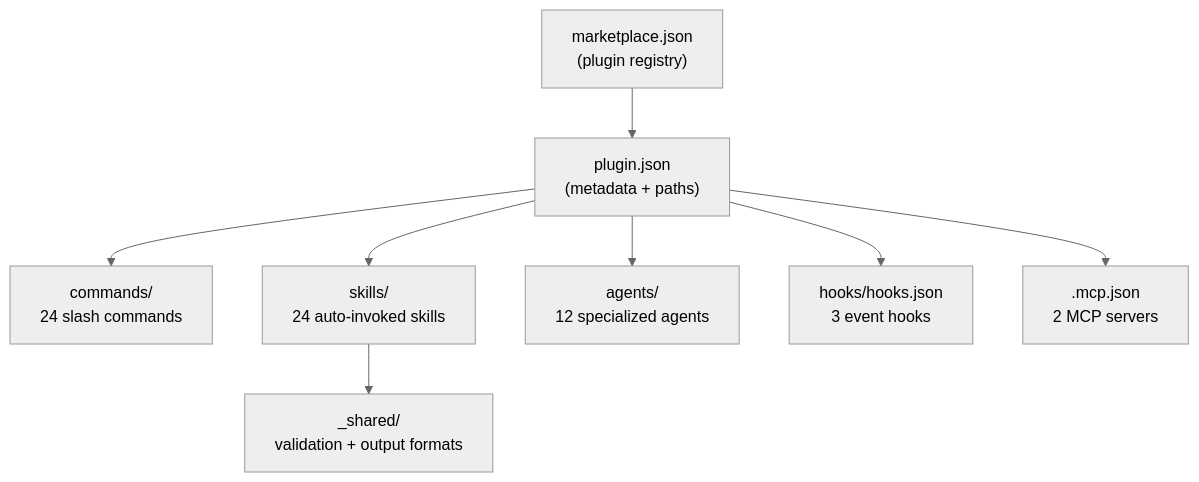
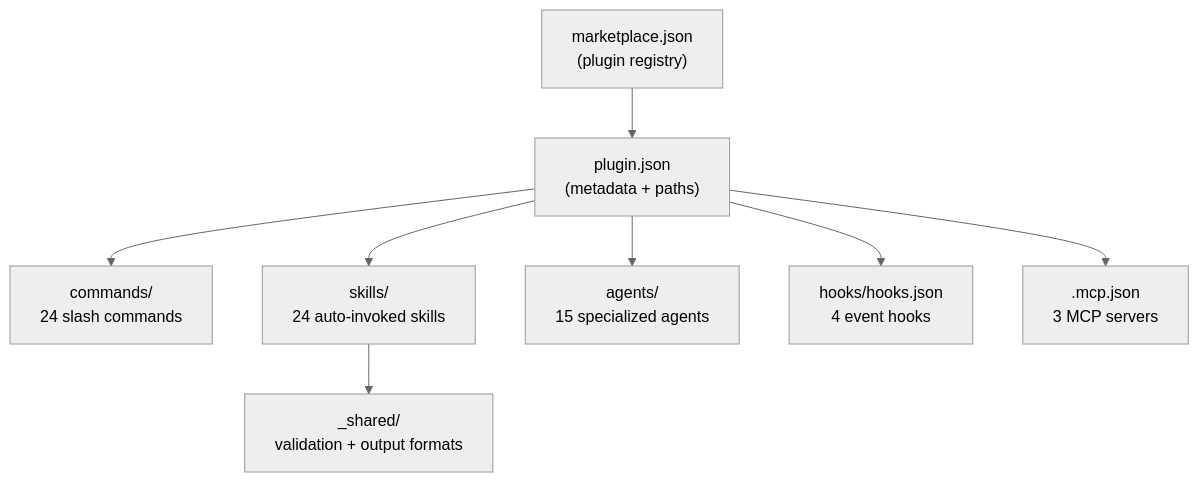
Before and after one commit to Brite-Nites/brite-claude-plugins: the first of 6 diagrams in ARCHITECTURE.md, drawn with Mermaid (neutral theme). The commit also changed 1 other file, not shown here.

Commit message:
review-fix(BC-16293): ARCHITECTURE diagram counts (agents 12→15, hooks 3→4, MCP 2→3) + 2 lenient/repo URL self-test fixtures

````diff
--- a/ARCHITECTURE.md
+++ b/ARCHITECTURE.md
@@ -7,10 +7,10 @@
 ```mermaid
 graph TD
     MP["marketplace.json<br/>(plugin registry)"] --> PJ["plugin.json<br/>(metadata + paths)"]
     PJ --> CMD["commands/<br/>24 slash commands"]
     PJ --> SKL["skills/<br/>24 auto-invoked skills"]
-    PJ --> AGT["agents/<br/>12 specialized agents"]
-    PJ --> HK["hooks/hooks.json<br/>3 event hooks"]
-    PJ --> MCP[".mcp.json<br/>2 MCP servers"]
+    PJ --> AGT["agents/<br/>15 specialized agents"]
+    PJ --> HK["hooks/hooks.json<br/>4 event hooks"]
+    PJ --> MCP[".mcp.json<br/>3 MCP servers"]
     SKL --> SH["_shared/<br/>validation + output formats"]
 ```
````
